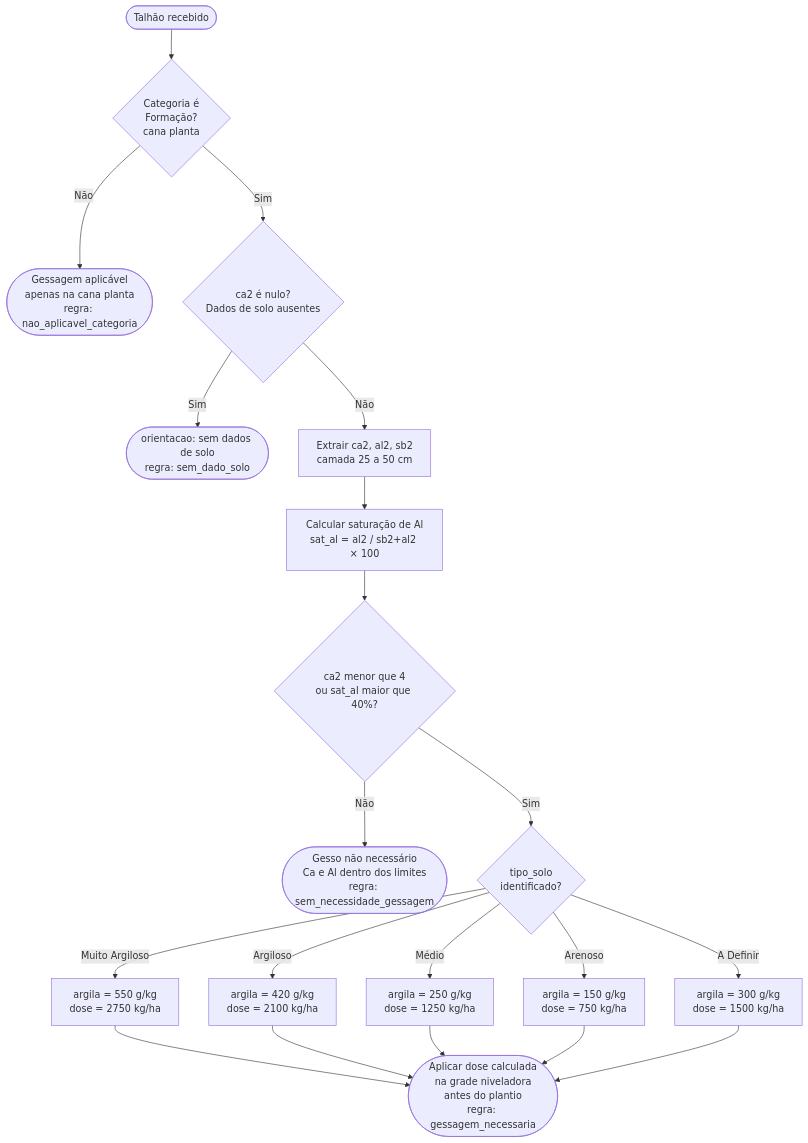
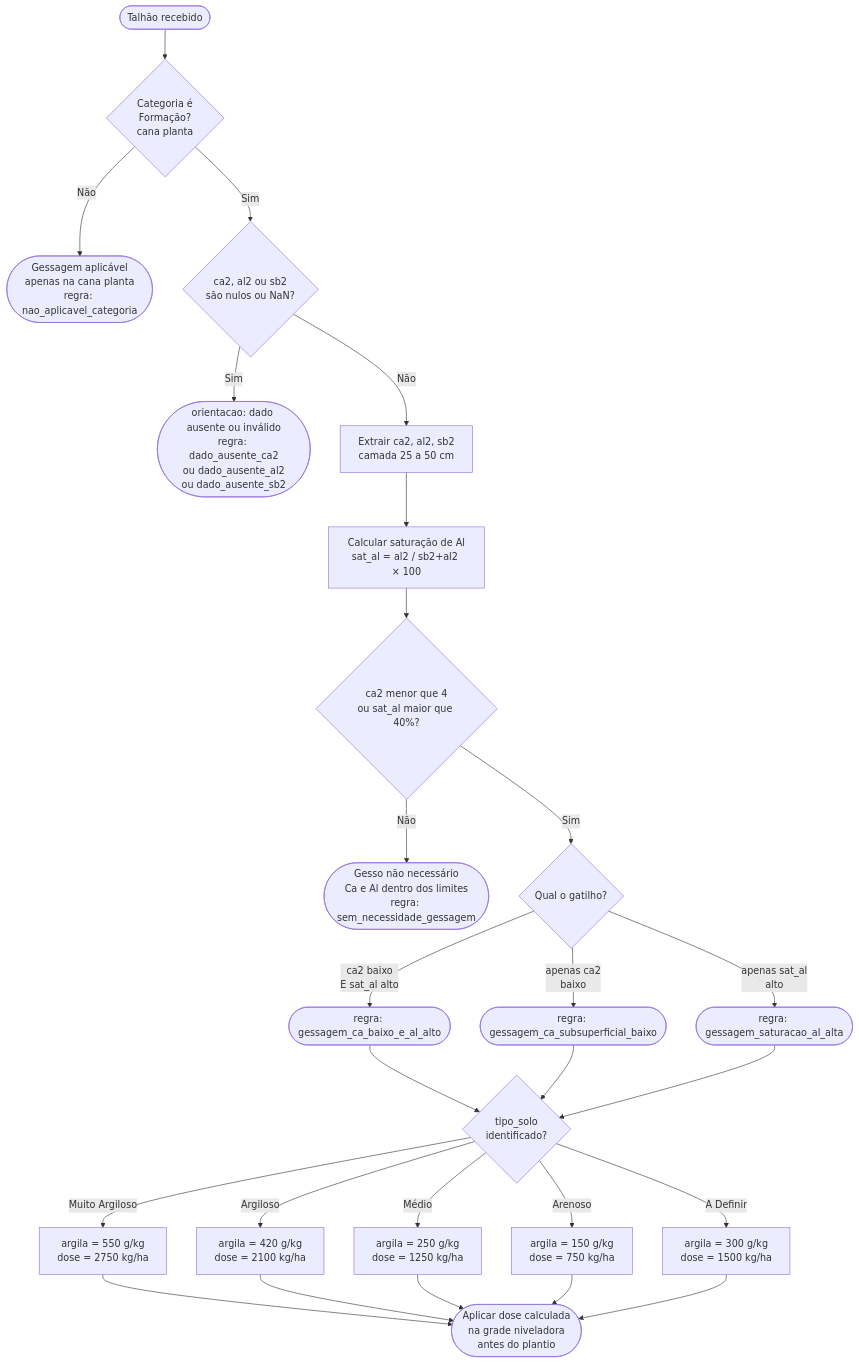
Before and after one commit to AgroTech-Inteli-ATI/2026_01_Atvos_G2: the third of 6 diagrams in docs/docs/Sprint 2/motor-de-regras-gold.md, drawn with Mermaid. The commit also changed other lines of this file, not shown here.

````diff
--- a/docs/docs/Sprint 2/motor-de-regras-gold.md
+++ b/docs/docs/Sprint 2/motor-de-regras-gold.md
@@ -78,29 +101,35 @@
 ```mermaid
 flowchart TD
 
     A([Talhão recebido]) --> B{Categoria é\nFormação?\ncana planta}
 
     B -- Não --> Z1([Gessagem aplicável\napenas na cana planta\nregra: nao_aplicavel_categoria])
 
-    B -- Sim --> C{ca2 é nulo?\nDados de solo ausentes}
+    B -- Sim --> C{ca2, al2 ou sb2\nsão nulos ou NaN?}
 
-    C -- Sim --> Z2([orientacao: sem dados de solo\nregra: sem_dado_solo])
+    C -- Sim --> Z2([orientacao: dado ausente ou inválido\nregra: dado_ausente_ca2\nou dado_ausente_al2\nou dado_ausente_sb2])
 
     C -- Não --> D[Extrair ca2, al2, sb2\ncamada 25 a 50 cm]
 
     D --> E[Calcular saturação de Al\nsat_al = al2 / sb2+al2 × 100]
 
     E --> F{ca2 menor que 4\nou sat_al maior que 40%?}
 
     F -- Não --> Z3([Gesso não necessário\nCa e Al dentro dos limites\nregra: sem_necessidade_gessagem])
 
-    F -- Sim --> G{tipo_solo\nidentificado?}
+    F -- Sim --> G{Qual o gatilho?}
 
-    G -- Muito Argiloso --> H1[argila = 550 g/kg\ndose = 2750 kg/ha]
-    G -- Argiloso --> H2[argila = 420 g/kg\ndose = 2100 kg/ha]
-    G -- Médio --> H3[argila = 250 g/kg\ndose = 1250 kg/ha]
-    G -- Arenoso --> H4[argila = 150 g/kg\ndose = 750 kg/ha]
-    G -- A Definir --> H5[argila = 300 g/kg\ndose = 1500 kg/ha]
+    G -- ca2 baixo\nE sat_al alto --> H1([regra: gessagem_ca_baixo_e_al_alto])
+    G -- apenas ca2\nbaixo --> H2([regra: gessagem_ca_subsuperficial_baixo])
+    G -- apenas sat_al\nalto --> H3([regra: gessagem_saturacao_al_alta])
 
-    H1 & H2 & H3 & H4 & H5 --> I([Aplicar dose calculada\nna grade niveladora\nantes do plantio\nregra: gessagem_necessaria])
+    H1 & H2 & H3 --> I{tipo_solo\nidentificado?}
+
+    I -- Muito Argiloso --> J1[argila = 550 g/kg\ndose = 2750 kg/ha]
+    I -- Argiloso --> J2[argila = 420 g/kg\ndose = 2100 kg/ha]
+    I -- Médio --> J3[argila = 250 g/kg\ndose = 1250 kg/ha]
+    I -- Arenoso --> J4[argila = 150 g/kg\ndose = 750 kg/ha]
+    I -- A Definir --> J5[argila = 300 g/kg\ndose = 1500 kg/ha]
+
+    J1 & J2 & J3 & J4 & J5 --> K([Aplicar dose calculada\nna grade niveladora\nantes do plantio])
 ```
````
